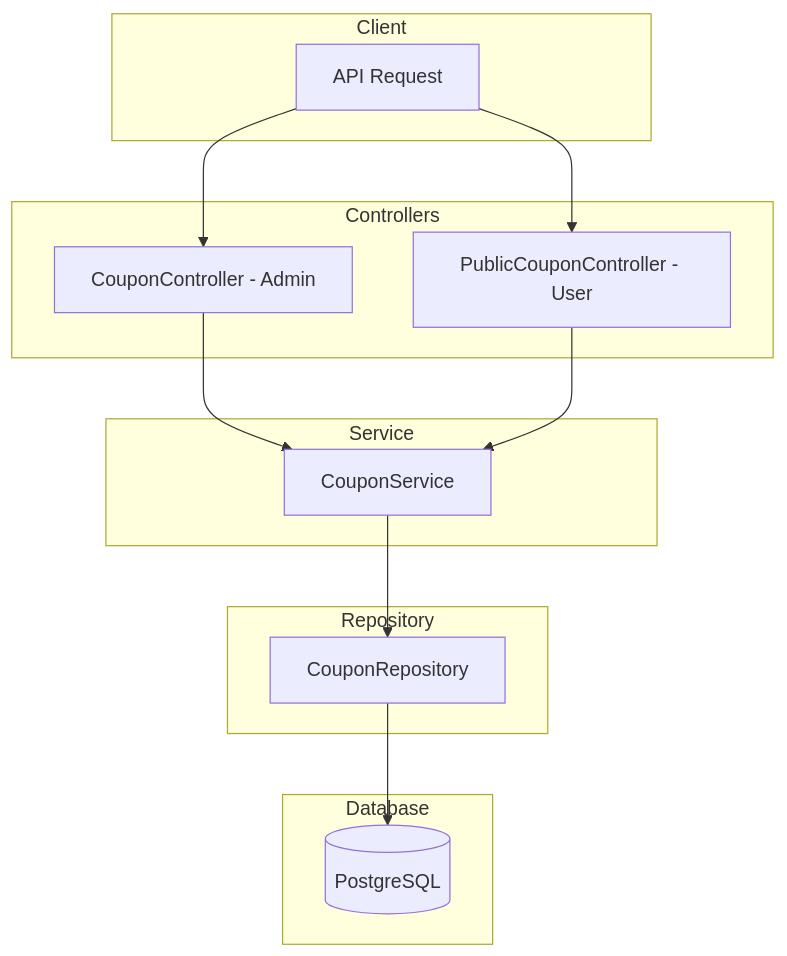
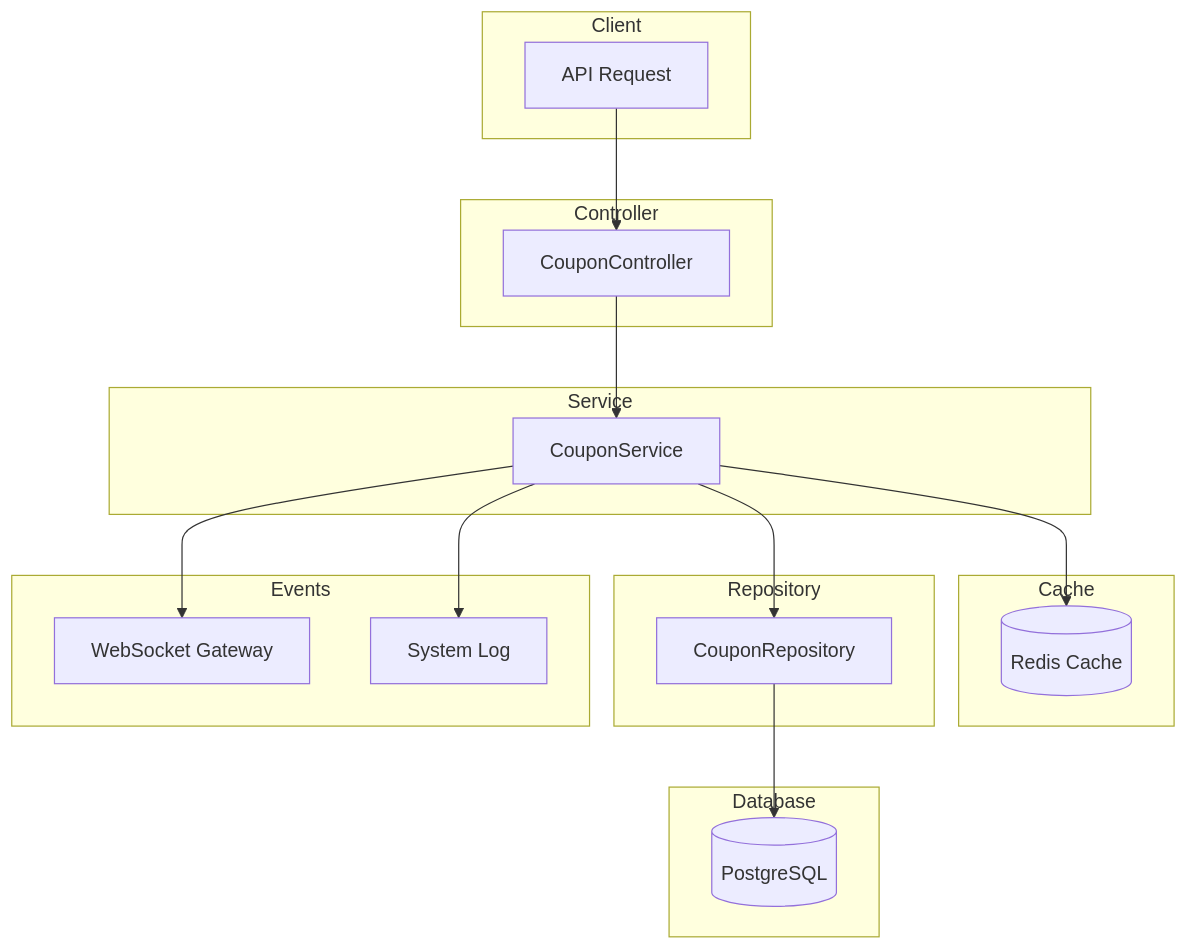
Before and after one commit to ZombieGenZ/gen-hub: the diagram in server/documents/api-document/coupon-module.md, drawn with Mermaid. The commit also changed other lines of this file and 32 other files, not shown here.

Commit message:
feat: introduce coupon management, public coupon display, and coupon scheduling modules.

````diff
--- a/server/documents/api-document/coupon-module.md
+++ b/server/documents/api-document/coupon-module.md
@@ -19,30 +13,39 @@
 ```mermaid
 flowchart TB
     subgraph Client
         A[API Request]
     end
-
-    subgraph Controllers
-        B[CouponController - Admin]
-        C[PublicCouponController - User]
+    
+    subgraph Controller
+        B[CouponController]
     end
-
+    
     subgraph Service
-        D[CouponService]
+        C[CouponService]
     end
-
+    
+    subgraph Cache
+        D[(Redis Cache)]
+    end
+    
     subgraph Repository
         E[CouponRepository]
     end
-
+    
     subgraph Database
         F[(PostgreSQL)]
     end
-
+    
+    subgraph Events
+        G[WebSocket Gateway]
+        H[System Log]
+    end
+    
     A --> B
-    A --> C
-    B --> D
+    B --> C
     C --> D
-    D --> E
+    C --> E
     E --> F
+    C --> G
+    C --> H
 ```
````
